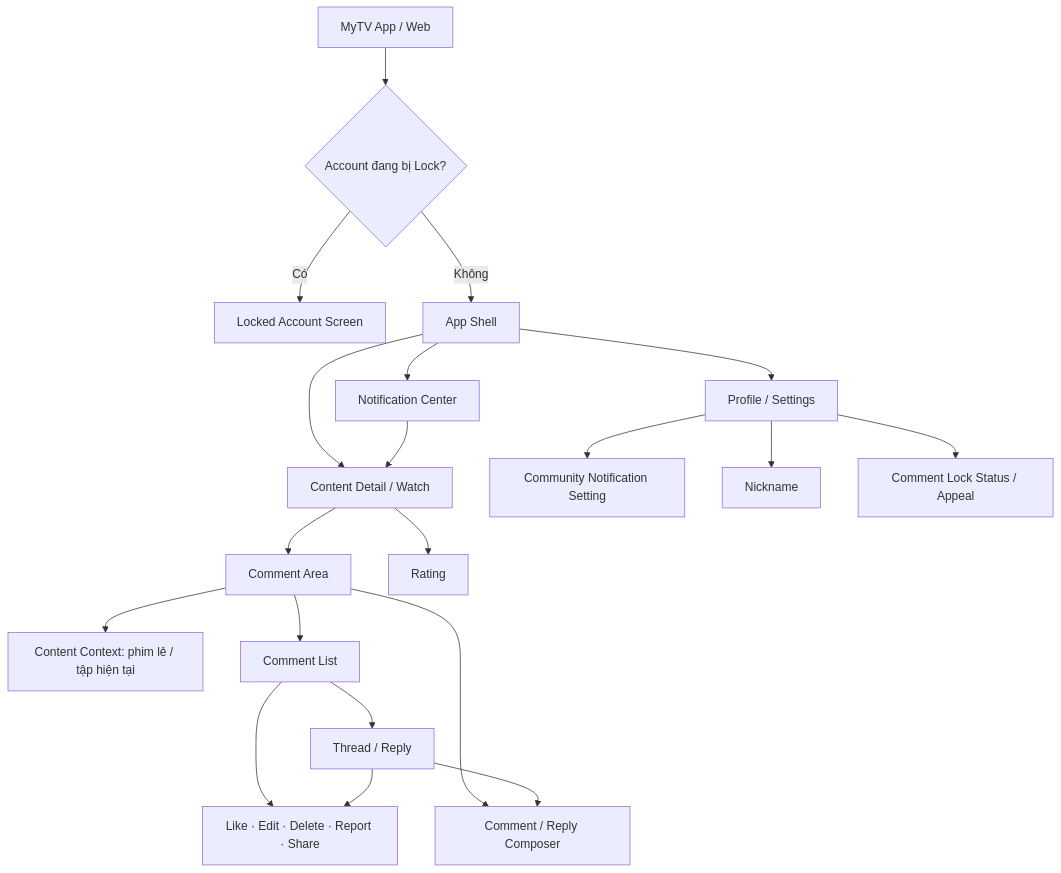
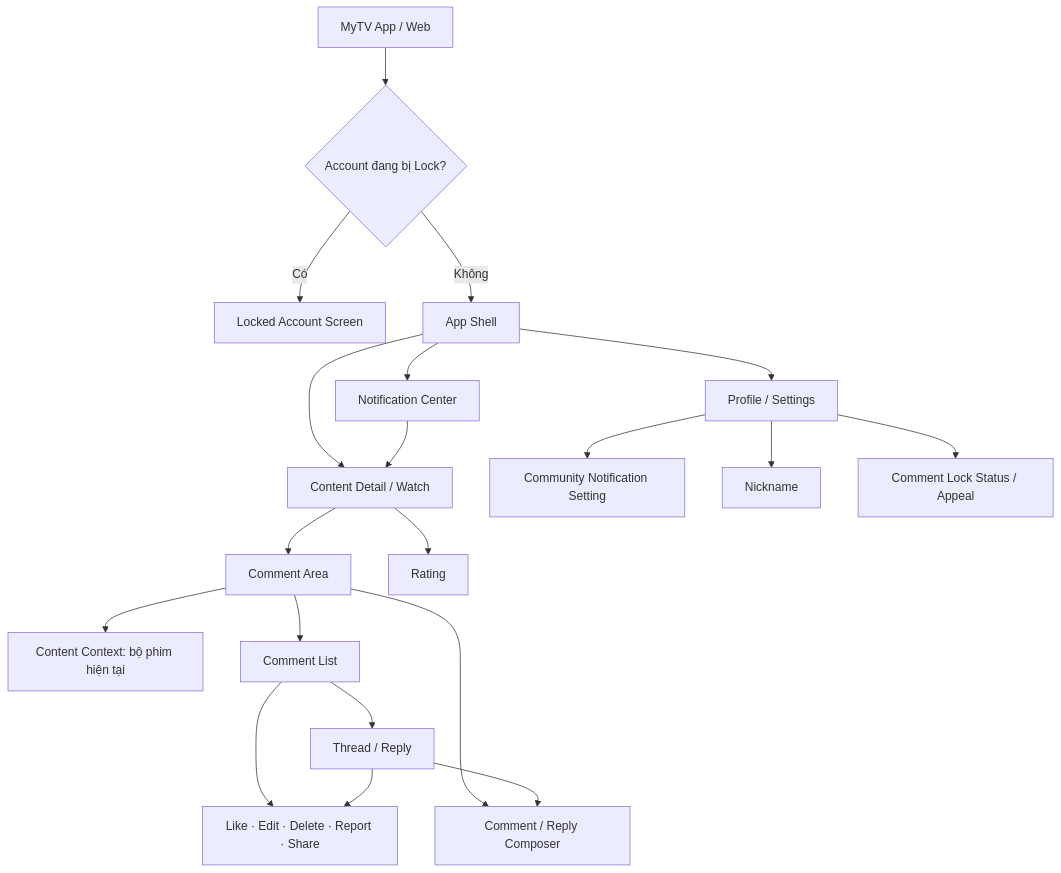
The first of 9 diagrams in UX_INFORMATION_ARCHITECTURE_SCREEN_MAP.md (tannguyenho/MyTV-Comment), drawn with Mermaid before and after one commit. The commit also changed other lines of this file and 114 other files, not shown here.

````diff
--- a/UX_INFORMATION_ARCHITECTURE_SCREEN_MAP.md
+++ b/UX_INFORMATION_ARCHITECTURE_SCREEN_MAP.md
@@ -97,46 +97,46 @@
 ```mermaid
 flowchart TD
     APP["MyTV App / Web"]
     LOCK{"Account đang bị Lock?"}
     LOCKED["Locked Account Screen"]
     SHELL["App Shell"]
 
     CONTENT["Content Detail / Watch"]
     COMMENT["Comment Area"]
     NOTI["Notification Center"]
     PROFILE["Profile / Settings"]
 
-    SCOPE["Content Context: phim lẻ / tập hiện tại"]
+    SCOPE["Content Context: bộ phim hiện tại"]
     RATING["Rating"]
     LIST["Comment List"]
     THREAD["Thread / Reply"]
     COMPOSER["Comment / Reply Composer"]
     ACTIONS["Like · Edit · Delete · Report · Share"]
 
     COMMUNITYSET["Community Notification Setting"]
     NICK["Nickname"]
     SANCTION["Comment Lock Status / Appeal"]
 
     APP --> LOCK
     LOCK -->|Có| LOCKED
     LOCK -->|Không| SHELL
     SHELL --> CONTENT
     SHELL --> NOTI
     SHELL --> PROFILE
 
     CONTENT --> COMMENT
     COMMENT --> SCOPE
     CONTENT --> RATING
     COMMENT --> LIST
     LIST --> THREAD
     LIST --> ACTIONS
     THREAD --> ACTIONS
     COMMENT --> COMPOSER
     THREAD --> COMPOSER
 
     PROFILE --> COMMUNITYSET
     PROFILE --> NICK
     PROFILE --> SANCTION
 
     NOTI --> CONTENT
 ```
````
